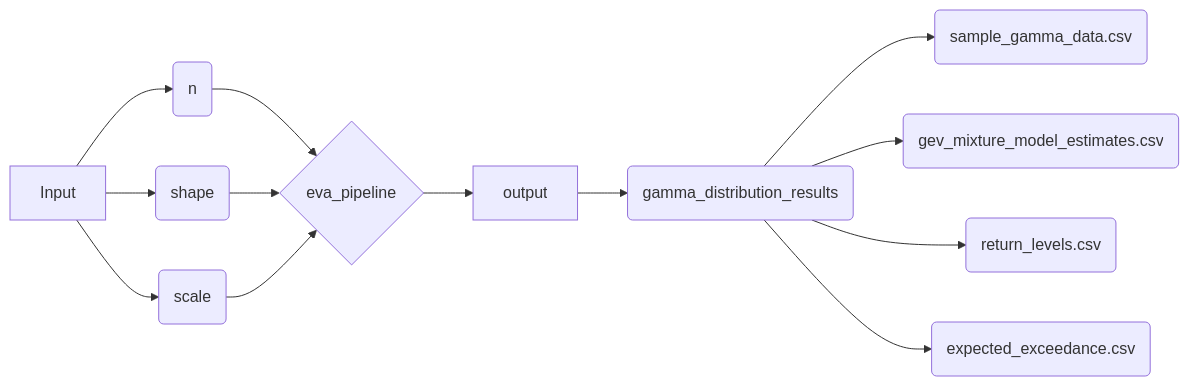
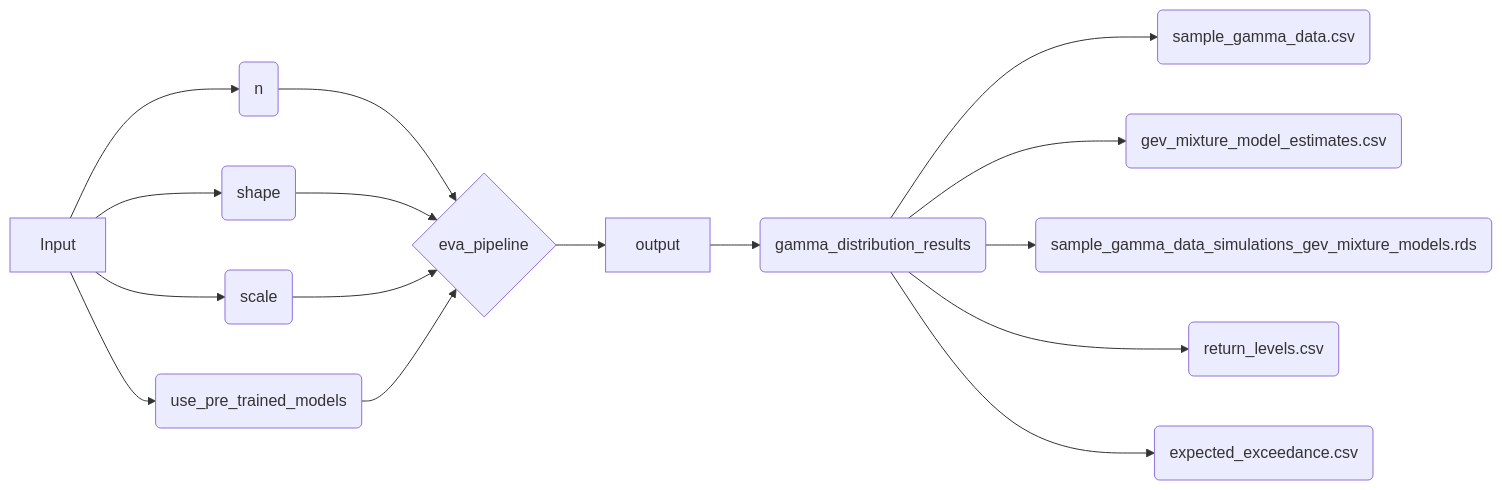
One commit to pdkengne/evops_manual changed the fifth of 7 diagrams in model-operations.qmd. Above: the diagram before and after it, drawn with Mermaid. The commit also changed other lines of this file and 9 other files, not shown here.

Commit message:
add option to use pre-trained models

````diff
--- a/model-operations.qmd
+++ b/model-operations.qmd
@@ -188,15 +212,18 @@
 ```{mermaid}
 flowchart LR
   I[Input] --> A(n)
   I[Input] --> B(shape)
   I[Input] --> C(scale)
+  I[Input] --> C1(use_pre_trained_models)
   A --> D{eva_pipeline}
   B --> D
   C --> D
+  C1 --> D
   D --> O[output]
   O --> E(gamma_distribution_results)
   E --> E1(sample_gamma_data.csv)
   E --> E2(gev_mixture_model_estimates.csv)
+  E --> E5(sample_gamma_data_simulations_gev_mixture_models.rds)
   E --> E3(return_levels.csv)
   E --> E4(expected_exceedance.csv)
 ```
````
